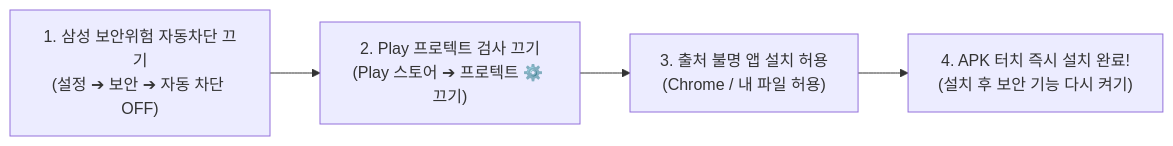
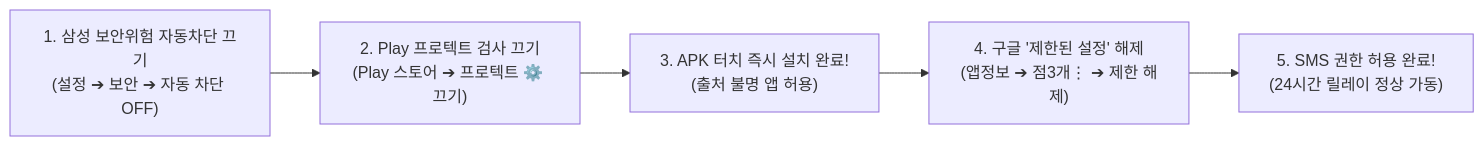
One commit to lsk0522/Hi_Dorm_SMS changed the first of 3 diagrams in README.md. Above: the diagram before and after it, drawn with Mermaid. The commit also changed other lines of this file and 3 other files, not shown here.

````diff
--- a/README.md
+++ b/README.md
@@ -36,6 +36,7 @@
 ```mermaid
 flowchart LR
     Step1["1. 삼성 보안위험 자동차단 끄기\n(설정 ➔ 보안 ➔ 자동 차단 OFF)"] --> Step2["2. Play 프로텍트 검사 끄기\n(Play 스토어 ➔ 프로텍트 ⚙️ 끄기)"]
-    Step2 --> Step3["3. 출처 불명 앱 설치 허용\n(Chrome / 내 파일 허용)"]
-    Step3 --> Step4["4. APK 터치 즉시 설치 완료!\n(설치 후 보안 기능 다시 켜기)"]
+    Step2 --> Step3["3. APK 터치 즉시 설치 완료!\n(출처 불명 앱 허용)"]
+    Step3 --> Step4["4. 구글 '제한된 설정' 해제\n(앱정보 ➔ 점3개⋮ ➔ 제한 해제)"]
+    Step4 --> Step5["5. SMS 권한 허용 완료!\n(24시간 릴레이 정상 가동)"]
 ```
````
